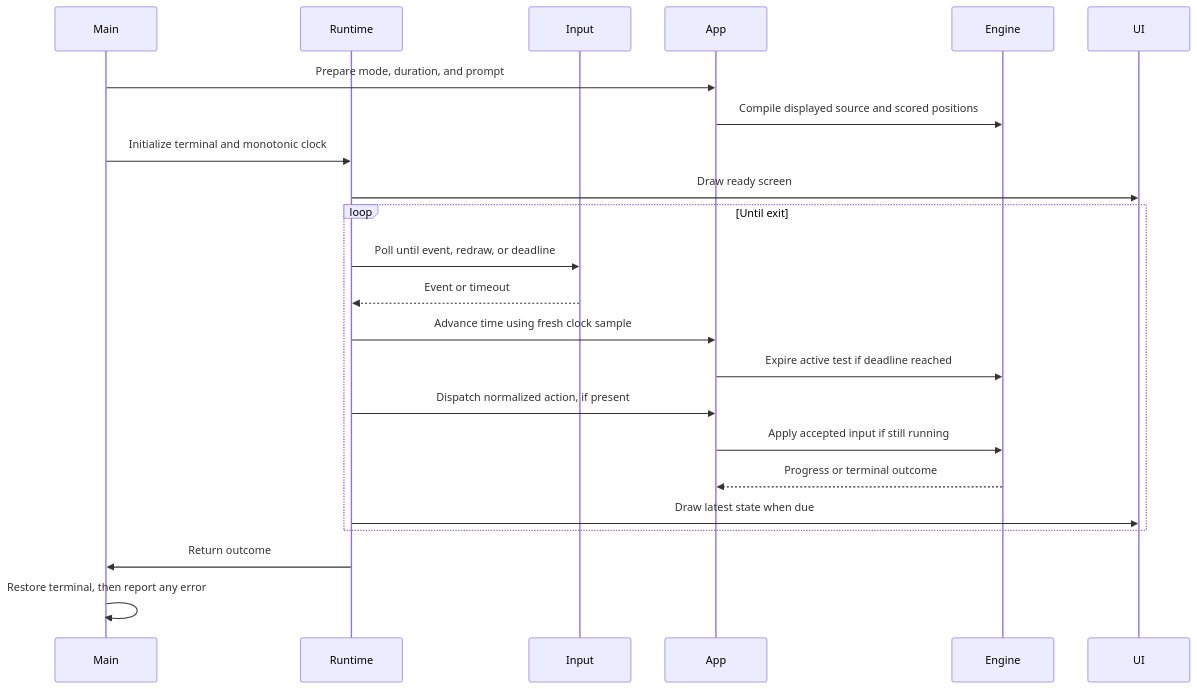
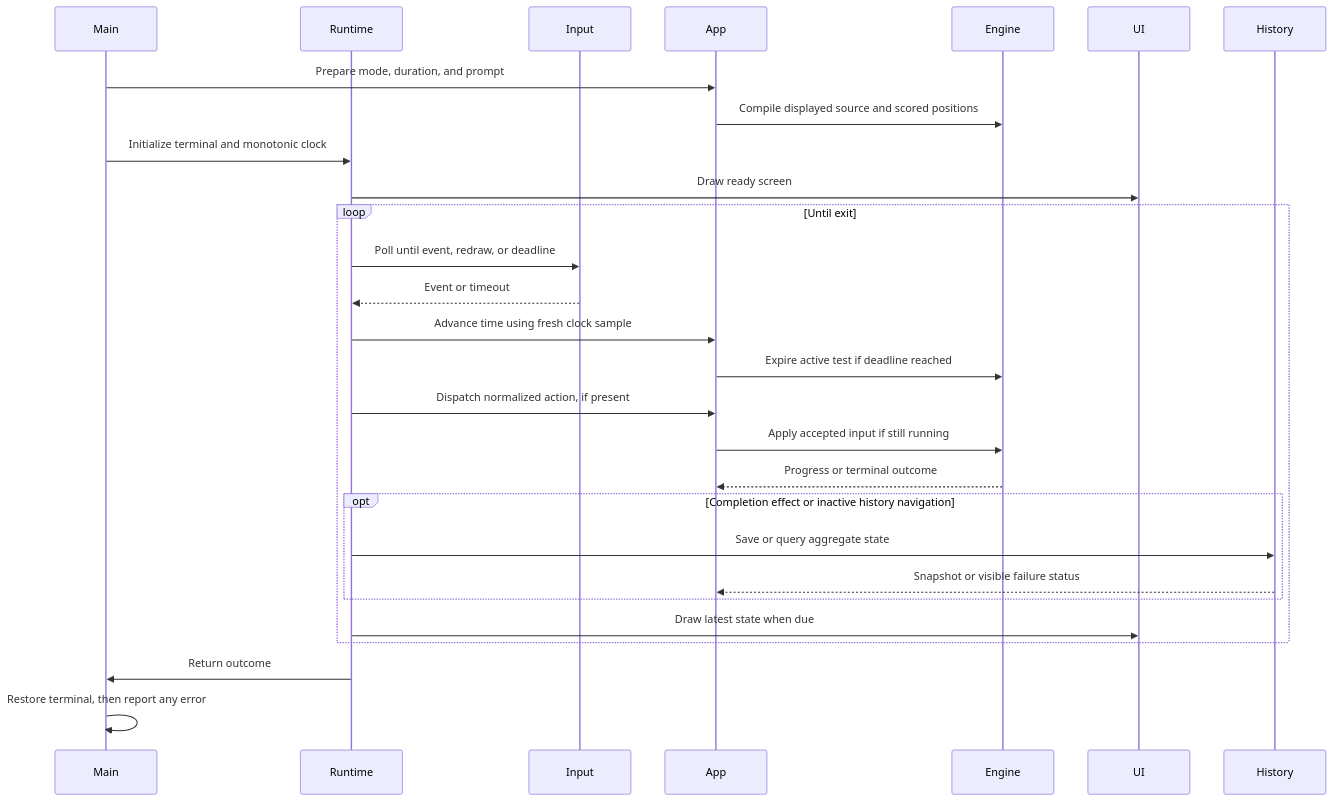
The second of 7 diagrams in system-design.md (alok-karwasara/monkeytype-tui), drawn with Mermaid before and after one commit. The commit also changed other lines of this file and 30 other files, not shown here.

````diff
--- a/system-design.md
+++ b/system-design.md
@@ -142,25 +151,30 @@
 ```mermaid
 sequenceDiagram
     participant Main
     participant Runtime
     participant Input
     participant App
     participant Engine
     participant UI
+    participant History
     Main->>App: Prepare mode, duration, and prompt
     App->>Engine: Compile displayed source and scored positions
     Main->>Runtime: Initialize terminal and monotonic clock
     Runtime->>UI: Draw ready screen
     loop Until exit
         Runtime->>Input: Poll until event, redraw, or deadline
         Input-->>Runtime: Event or timeout
         Runtime->>App: Advance time using fresh clock sample
         App->>Engine: Expire active test if deadline reached
         Runtime->>App: Dispatch normalized action, if present
         App->>Engine: Apply accepted input if still running
         Engine-->>App: Progress or terminal outcome
+        opt Completion effect or inactive history navigation
+            Runtime->>History: Save or query aggregate state
+            History-->>App: Snapshot or visible failure status
+        end
         Runtime->>UI: Draw latest state when due
     end
     Runtime->>Main: Return outcome
     Main->>Main: Restore terminal, then report any error
 ```
````
